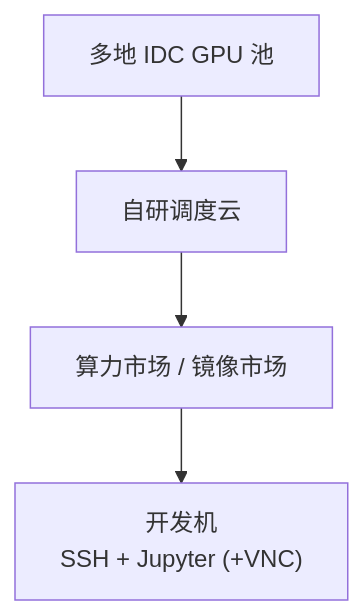
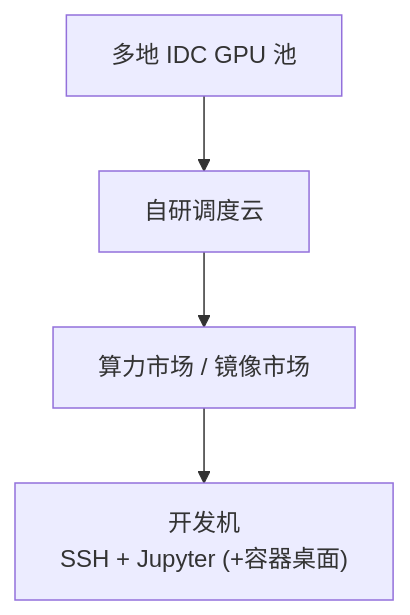
The diagram in wiki/entities/gpufree.md (ImChong/Robotics_Notebooks), drawn with Mermaid before and after one commit. The commit also changed other lines of this file and 5 other files, not shown here.

````diff
--- a/wiki/entities/gpufree.md
+++ b/wiki/entities/gpufree.md
@@ -55,8 +59,8 @@
 ```mermaid
 flowchart TB
   IDC["多地 IDC GPU 池"]
   SCH["自研调度云"]
   MKT["算力市场 / 镜像市场"]
-  DEV["开发机\nSSH + Jupyter (+VNC)"]
+  DEV["开发机\nSSH + Jupyter (+容器桌面)"]
   IDC --> SCH --> MKT --> DEV
 ```
````
